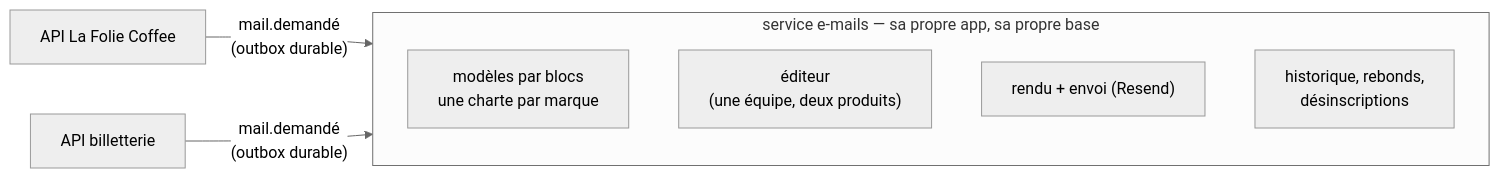
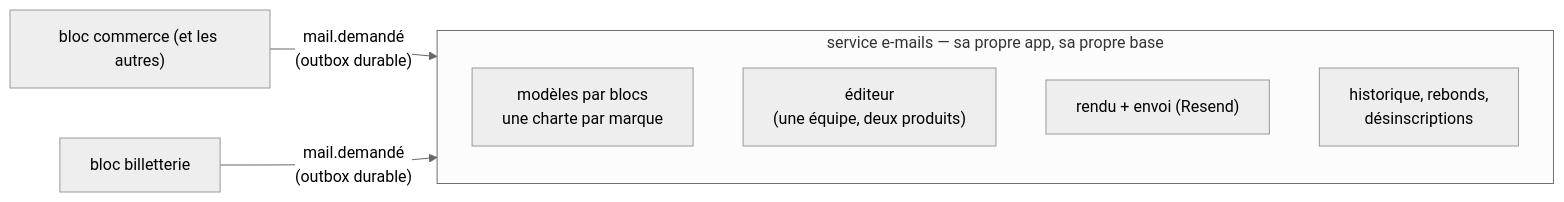
One commit to hugoheynard/lfd changed the second of 2 diagrams in documentation/editeur-de-contenu/README.md. Above: the diagram before and after it, drawn with Mermaid (neutral theme). The commit also changed other lines of this file, not shown here.

First line of the commit message:
docs(editeur-de-contenu): la billetterie sera un bloc de lfd-api

````diff
--- a/documentation/editeur-de-contenu/README.md
+++ b/documentation/editeur-de-contenu/README.md
@@ -121,11 +122,11 @@
 ```mermaid
 flowchart LR
-  LFC["API La Folie Coffee"] -- "mail.demandé<br/>(outbox durable)" --> SVC
-  TIX["API billetterie"] -- "mail.demandé<br/>(outbox durable)" --> SVC
+  LFC["bloc commerce (et les autres)"] -- "mail.demandé<br/>(outbox durable)" --> SVC
+  TIX["bloc billetterie"] -- "mail.demandé<br/>(outbox durable)" --> SVC
   subgraph SVC["service e-mails — sa propre app, sa propre base"]
     T["modèles par blocs<br/>une charte par marque"]
     E["éditeur<br/>(une équipe, deux produits)"]
     R["rendu + envoi (Resend)"]
     H["historique, rebonds,<br/>désinscriptions"]
   end
 ```
````
